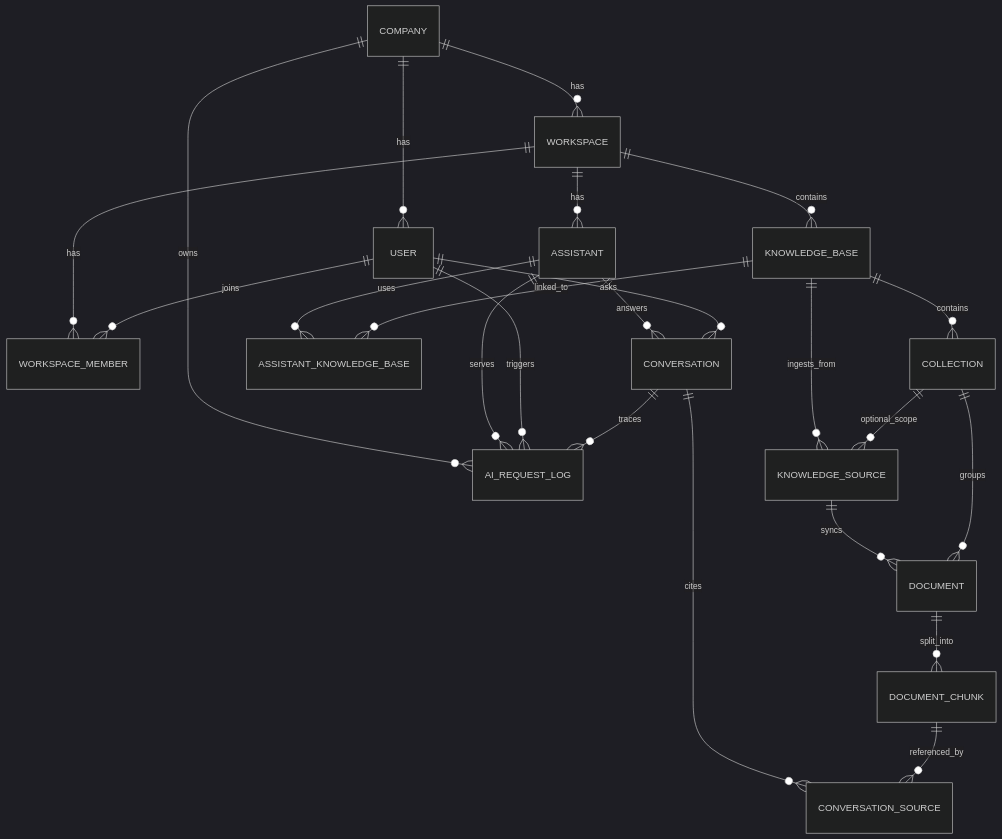
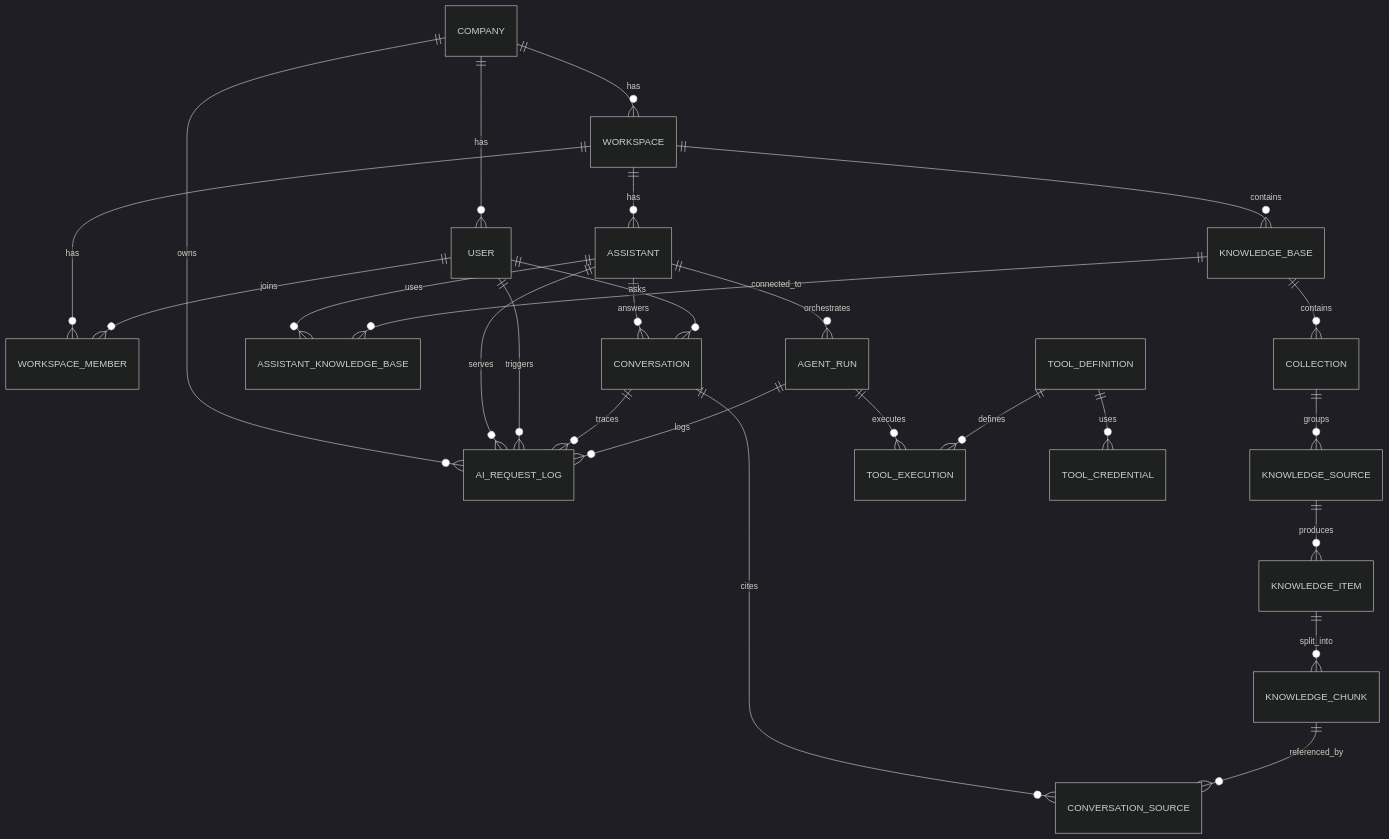
One commit to ohana26/ai-business-assistant changed the diagram in entity-relationship-diagram.md. Above: the diagram before and after it, drawn with Mermaid (dark theme). The commit also changed other lines of this file and 7 other files, not shown here.

Commit message:
Evolve architecture to enterprise AI knowledge automation platform

````diff
--- a/entity-relationship-diagram.md
+++ b/entity-relationship-diagram.md
@@ -10,32 +11,34 @@
 ```mermaid
 erDiagram
     COMPANY ||--o{ USER : has
     COMPANY ||--o{ WORKSPACE : has
     COMPANY ||--o{ AI_REQUEST_LOG : owns
 
     WORKSPACE ||--o{ WORKSPACE_MEMBER : has
     USER ||--o{ WORKSPACE_MEMBER : joins
 
     WORKSPACE ||--o{ KNOWLEDGE_BASE : contains
     KNOWLEDGE_BASE ||--o{ COLLECTION : contains
+    COLLECTION ||--o{ KNOWLEDGE_SOURCE : groups
+    KNOWLEDGE_SOURCE ||--o{ KNOWLEDGE_ITEM : produces
+    KNOWLEDGE_ITEM ||--o{ KNOWLEDGE_CHUNK : split_into
 
     WORKSPACE ||--o{ ASSISTANT : has
     ASSISTANT ||--o{ ASSISTANT_KNOWLEDGE_BASE : uses
-    KNOWLEDGE_BASE ||--o{ ASSISTANT_KNOWLEDGE_BASE : linked_to
-
-    KNOWLEDGE_BASE ||--o{ KNOWLEDGE_SOURCE : ingests_from
-    COLLECTION ||--o{ KNOWLEDGE_SOURCE : optional_scope
-
-    KNOWLEDGE_SOURCE ||--o{ DOCUMENT : syncs
-    COLLECTION ||--o{ DOCUMENT : groups
-    DOCUMENT ||--o{ DOCUMENT_CHUNK : split_into
+    KNOWLEDGE_BASE ||--o{ ASSISTANT_KNOWLEDGE_BASE : connected_to
 
     ASSISTANT ||--o{ CONVERSATION : answers
     USER ||--o{ CONVERSATION : asks
     CONVERSATION ||--o{ CONVERSATION_SOURCE : cites
-    DOCUMENT_CHUNK ||--o{ CONVERSATION_SOURCE : referenced_by
+    KNOWLEDGE_CHUNK ||--o{ CONVERSATION_SOURCE : referenced_by
+
+    ASSISTANT ||--o{ AGENT_RUN : orchestrates
+    AGENT_RUN ||--o{ TOOL_EXECUTION : executes
+    TOOL_DEFINITION ||--o{ TOOL_EXECUTION : defines
+    TOOL_DEFINITION ||--o{ TOOL_CREDENTIAL : uses
 
     ASSISTANT ||--o{ AI_REQUEST_LOG : serves
     USER ||--o{ AI_REQUEST_LOG : triggers
     CONVERSATION ||--o{ AI_REQUEST_LOG : traces
+    AGENT_RUN ||--o{ AI_REQUEST_LOG : logs
 ```
````
